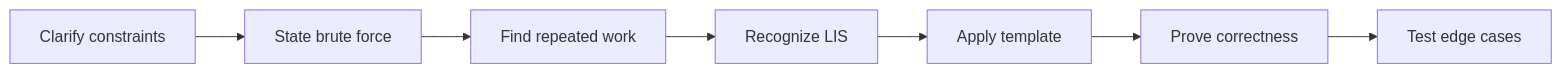
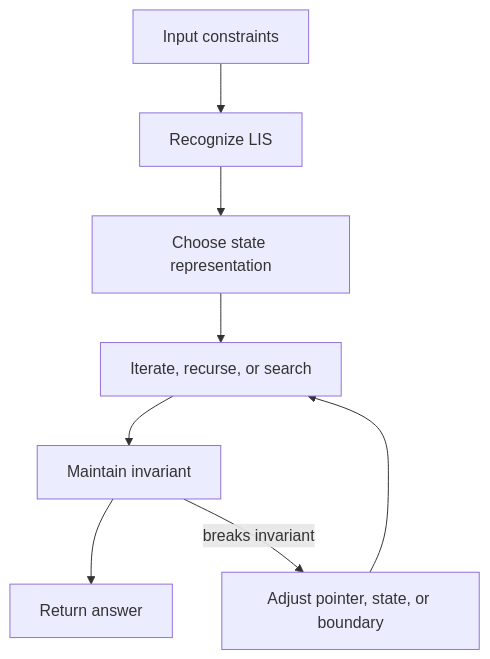
One commit to abstractinterviews/abstractinterviews.github.io changed the second of 2 diagrams in coding-round/patterns/dynamic-programming-track/lis/index.md. Above: the diagram before and after it, drawn with Mermaid. The commit also changed other lines of this file and 278 other files, not shown here.

````diff
--- a/coding-round/patterns/dynamic-programming-track/lis/index.md
+++ b/coding-round/patterns/dynamic-programming-track/lis/index.md
@@ -123,9 +121,10 @@
-~~~mermaid
-flowchart LR
-    A["Clarify constraints"] --> B["State brute force"]
-    B --> C["Find repeated work"]
-    C --> D["Recognize LIS"]
-    D --> E["Apply template"]
-    E --> F["Prove correctness"]
-    F --> G["Test edge cases"]
-~~~
+```mermaid
+flowchart TD
+    Input["Input constraints"] --> Pattern["Recognize LIS"]
+    Pattern --> State["Choose state representation"]
+    State --> Iterate["Iterate, recurse, or search"]
+    Iterate --> Check["Maintain invariant"]
+    Check --> Result["Return answer"]
+    Check -->|breaks invariant| Fix["Adjust pointer, state, or boundary"]
+    Fix --> Iterate
+```
````
